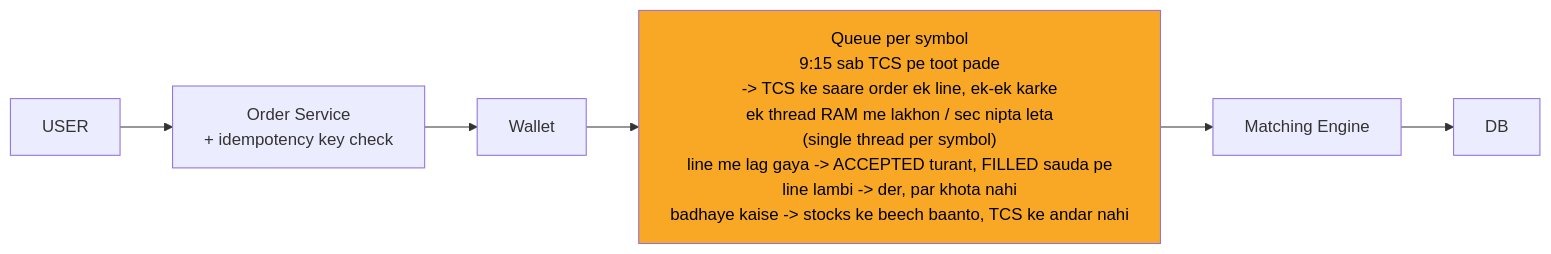
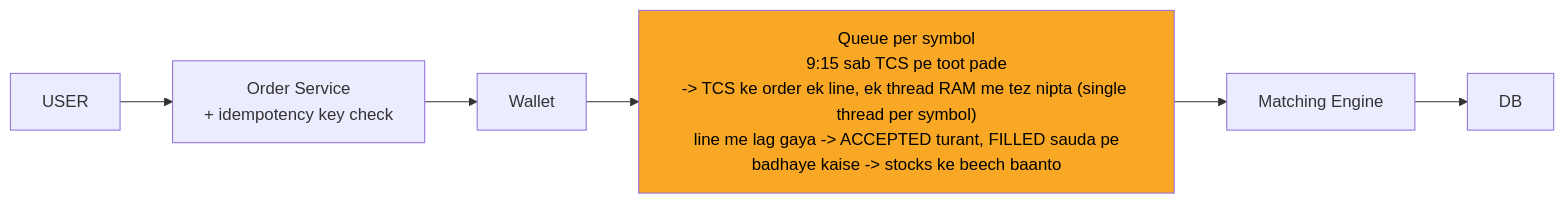
The diagram in 04_HLD/SYSTEM_DESIGNS/05_stock_broker_trading/img/c4.mmd (ArpanMaheshwari144/Prep), drawn with Mermaid before and after one commit. The commit also changed 39 other files, not shown here.

```diff
--- a/04_HLD/SYSTEM_DESIGNS/05_stock_broker_trading/img/c4.mmd
+++ b/04_HLD/SYSTEM_DESIGNS/05_stock_broker_trading/img/c4.mmd
@@ -1,14 +1,14 @@
 %%{init: {"flowchart": {"wrappingWidth": 450}}}%%
 flowchart LR
     n_USER["USER"]
     n_Order_Service["Order Service<br/>+ idempotency key check"]
     n_Wallet["Wallet"]
-    n_Queue_per_symbol["Queue per symbol<br/>9:15 sab TCS pe toot pade<br/>-> TCS ke saare order ek line, ek-ek karke<br/>ek thread RAM me lakhon / sec nipta leta<br/>(single thread per symbol)<br/>line me lag gaya -> ACCEPTED turant, FILLED sauda pe<br/>line lambi -> der, par khota nahi<br/>badhaye kaise -> stocks ke beech baanto, TCS ke andar nahi"]
+    n_Queue_per_symbol["Queue per symbol<br/>9:15 sab TCS pe toot pade<br/>-> TCS ke order ek line, ek thread RAM me tez nipta (single thread per symbol)<br/>line me lag gaya -> ACCEPTED turant, FILLED sauda pe<br/>badhaye kaise -> stocks ke beech baanto"]
     n_Matching_Engine["Matching Engine"]
     n_DB["DB"]
     n_USER --> n_Order_Service
     n_Order_Service --> n_Wallet
     n_Wallet --> n_Queue_per_symbol
     n_Queue_per_symbol --> n_Matching_Engine
     n_Matching_Engine --> n_DB
     style n_Queue_per_symbol fill:#f9a825,color:#000
```
